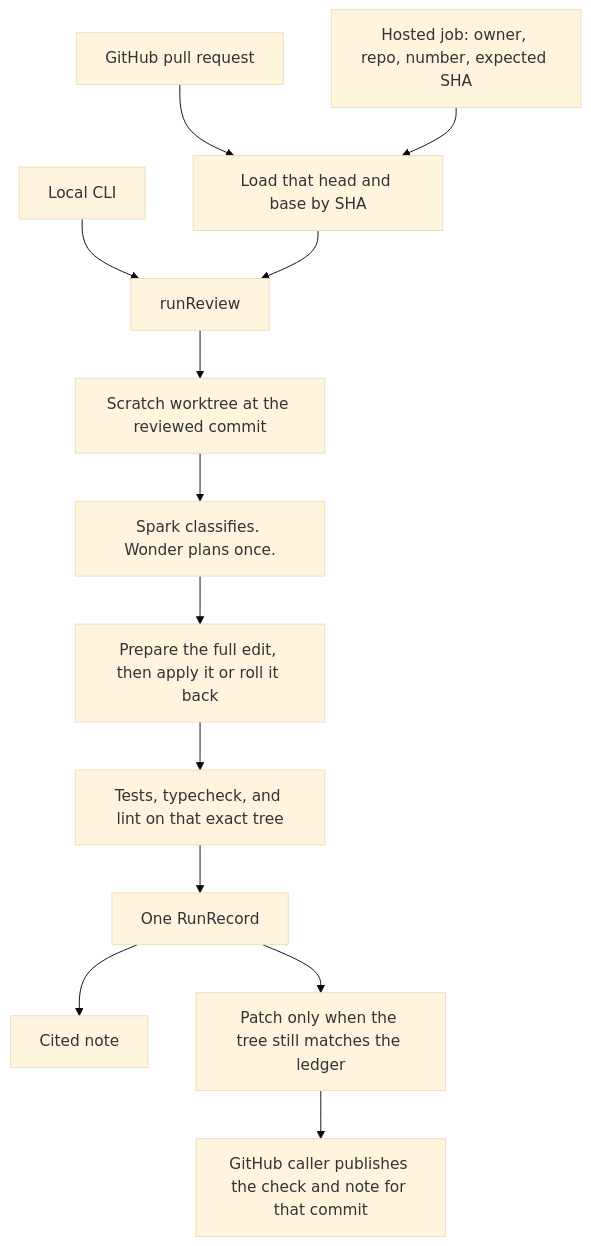
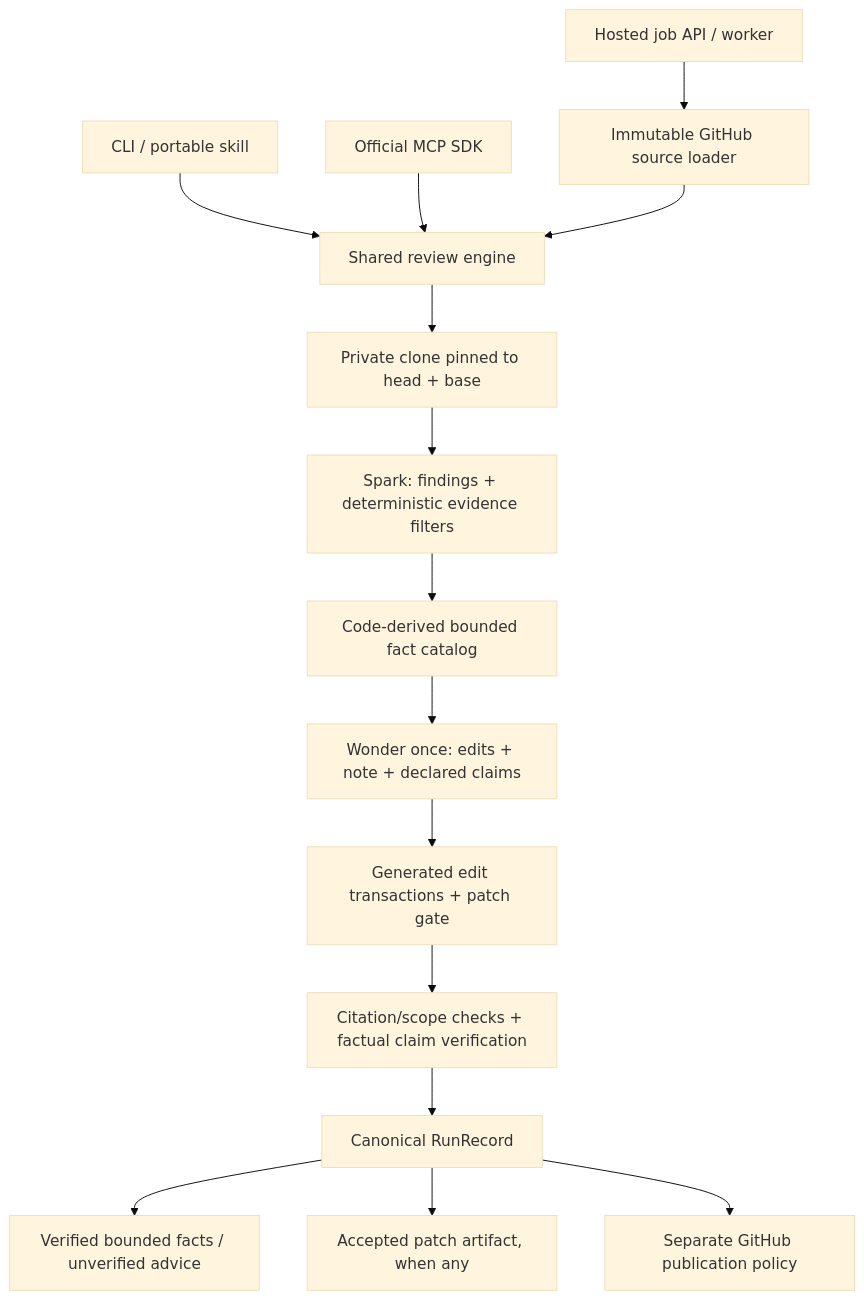
One commit to Mariotutal/lesscode changed the diagram in docs/architecture.md. Above: the diagram before and after it, drawn with Mermaid (base theme). The commit also changed other lines of this file and 24 other files, not shown here.

````diff
--- a/docs/architecture.md
+++ b/docs/architecture.md
@@ -9,15 +7,17 @@
 ```mermaid
 flowchart TD
-  local["Local CLI"] --> engine["runReview"]
-  pr["GitHub pull request"] --> load["Load that head and base by SHA"]
-  job["Hosted job: owner, repo, number, expected SHA"] --> load
-  load --> engine
-  engine --> work["Scratch worktree at the reviewed commit"]
-  work --> models["Spark classifies. Wonder plans once."]
-  models --> edit["Prepare the full edit, then apply it or roll it back"]
-  edit --> verify["Tests, typecheck, and lint on that exact tree"]
-  verify --> record["One RunRecord"]
-  record --> note["Cited note"]
-  record --> patch["Patch only when the tree still matches the ledger"]
-  patch --> publish["GitHub caller publishes the check and note for that commit"]
+  cli["CLI / portable skill"] --> engine["Shared review engine"]
+  mcp["Official MCP SDK"] --> engine
+  github["Immutable GitHub source loader"] --> engine
+  service["Hosted job API / worker"] --> github
+  engine --> snapshot["Private clone pinned to head + base"]
+  snapshot --> spark["Spark: findings + deterministic evidence filters"]
+  spark --> facts["Code-derived bounded fact catalog"]
+  facts --> wonder["Wonder once: edits + note + declared claims"]
+  wonder --> edits["Generated edit transactions + patch gate"]
+  edits --> claims["Citation/scope checks + factual claim verification"]
+  claims --> record["Canonical RunRecord"]
+  record --> note["Verified bounded facts / unverified advice"]
+  record --> artifact["Accepted patch artifact, when any"]
+  record --> publication["Separate GitHub publication policy"]
 ```
````
